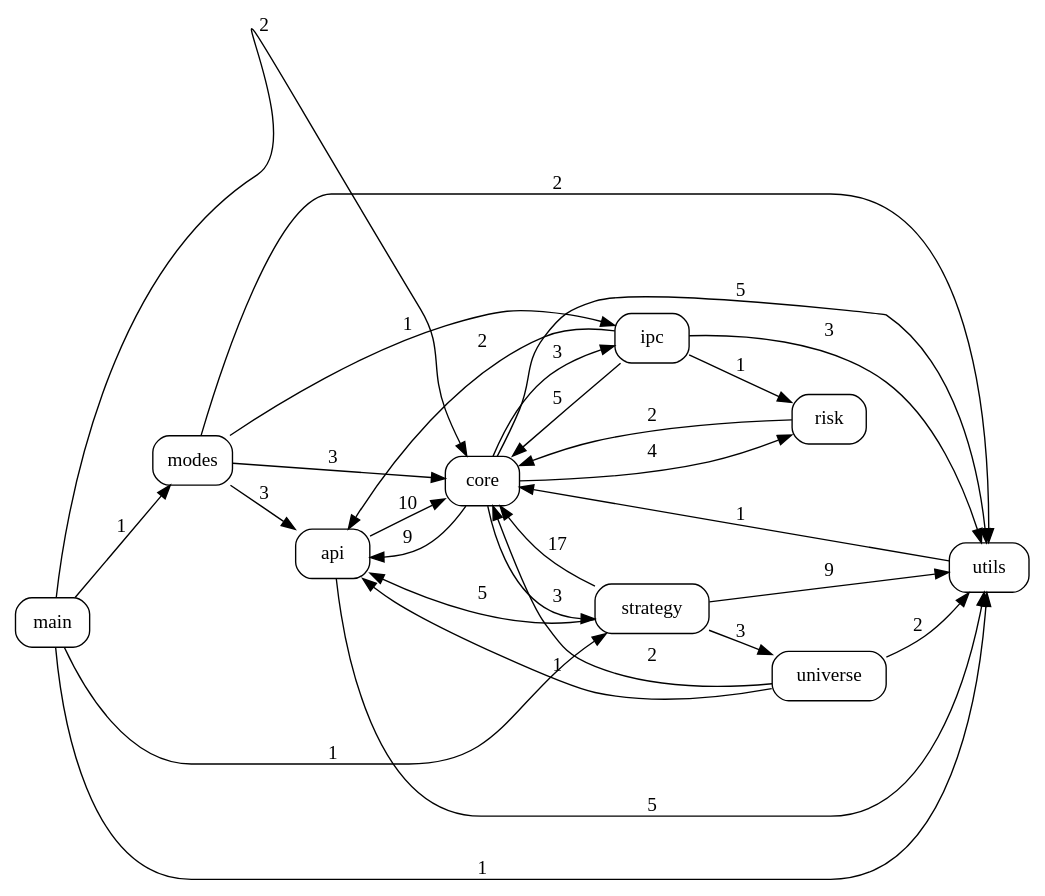
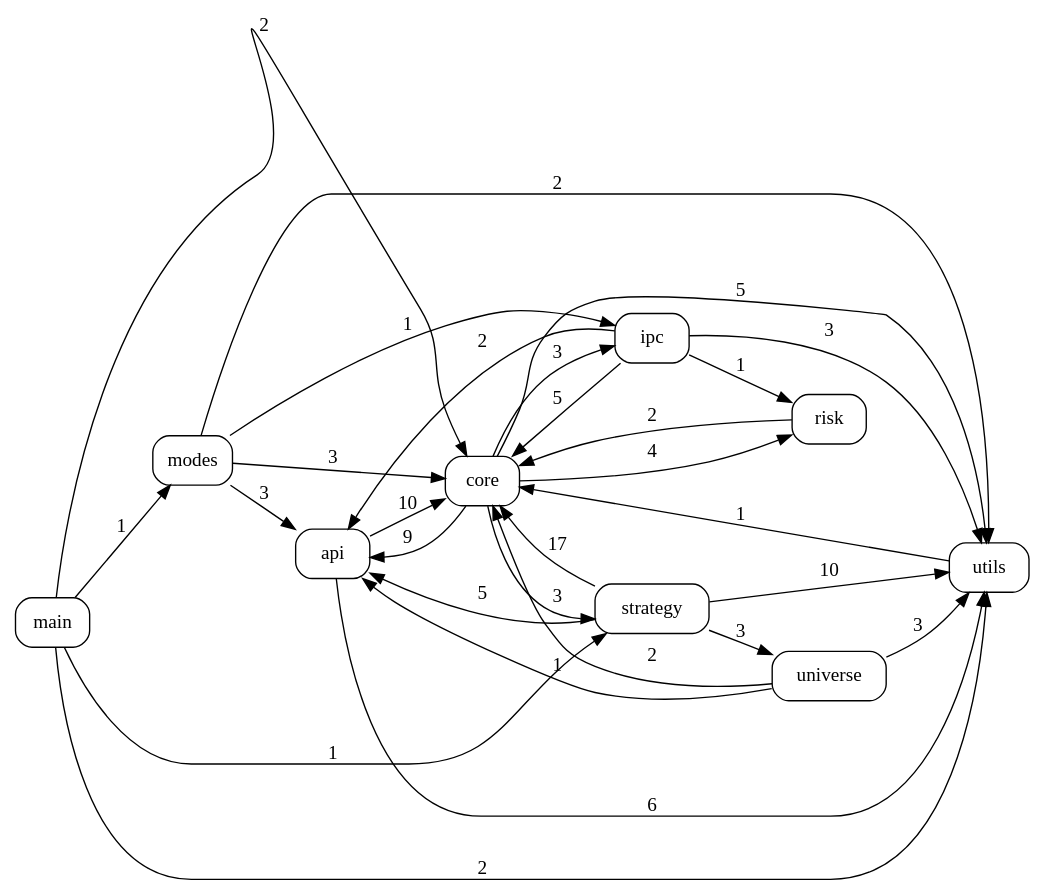
Before and after one commit to pypy8171/Quant: the diagram in docs/code_graph.dot, drawn with Graphviz. The commit also changed 13 other files, not shown here.

```diff
--- a/docs/code_graph.dot
+++ b/docs/code_graph.dot
@@ -1,41 +1,41 @@
 digraph code_graph {
   rankdir=LR;
   node [shape=box, style=rounded, fontname="Consolas"];
   "api";
   "core";
   "ipc";
   "main";
   "modes";
   "risk";
   "strategy";
   "universe";
   "utils";
   "api" -> "core" [label="10"];
-  "api" -> "utils" [label="5"];
+  "api" -> "utils" [label="6"];
   "core" -> "api" [label="9"];
   "core" -> "ipc" [label="3"];
   "core" -> "risk" [label="4"];
   "core" -> "strategy" [label="3"];
   "core" -> "utils" [label="5"];
   "ipc" -> "api" [label="2"];
   "ipc" -> "core" [label="5"];
   "ipc" -> "risk" [label="1"];
   "ipc" -> "utils" [label="3"];
   "main" -> "core" [label="2"];
   "main" -> "modes" [label="1"];
   "main" -> "strategy" [label="1"];
-  "main" -> "utils" [label="1"];
+  "main" -> "utils" [label="2"];
   "modes" -> "api" [label="3"];
   "modes" -> "core" [label="3"];
   "modes" -> "ipc" [label="1"];
   "modes" -> "utils" [label="2"];
   "risk" -> "core" [label="2"];
   "strategy" -> "api" [label="5"];
   "strategy" -> "core" [label="17"];
   "strategy" -> "universe" [label="3"];
-  "strategy" -> "utils" [label="9"];
+  "strategy" -> "utils" [label="10"];
   "universe" -> "api" [label="1"];
   "universe" -> "core" [label="2"];
-  "universe" -> "utils" [label="2"];
+  "universe" -> "utils" [label="3"];
   "utils" -> "core" [label="1"];
 }
```
